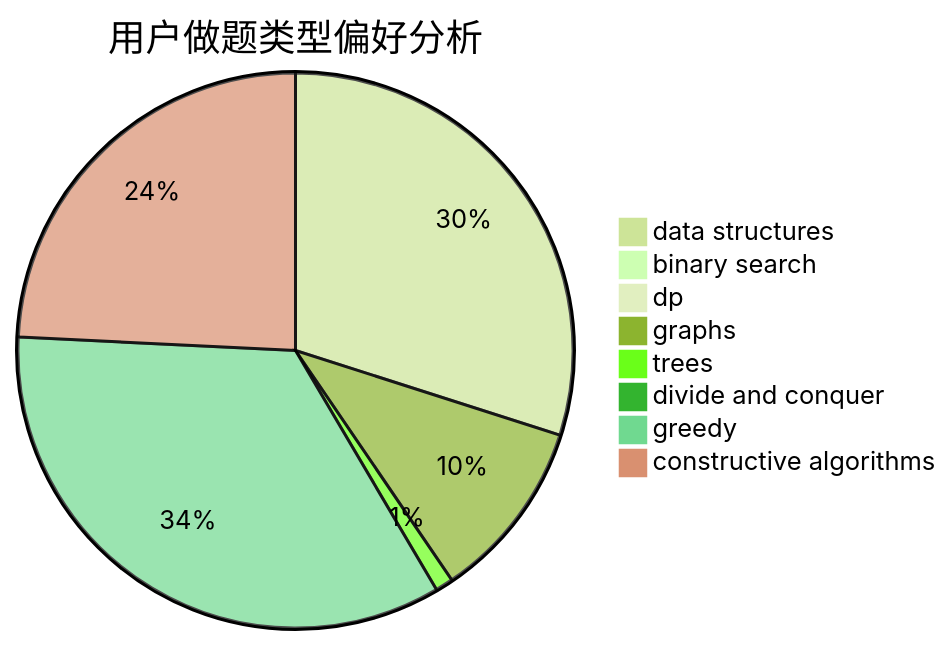
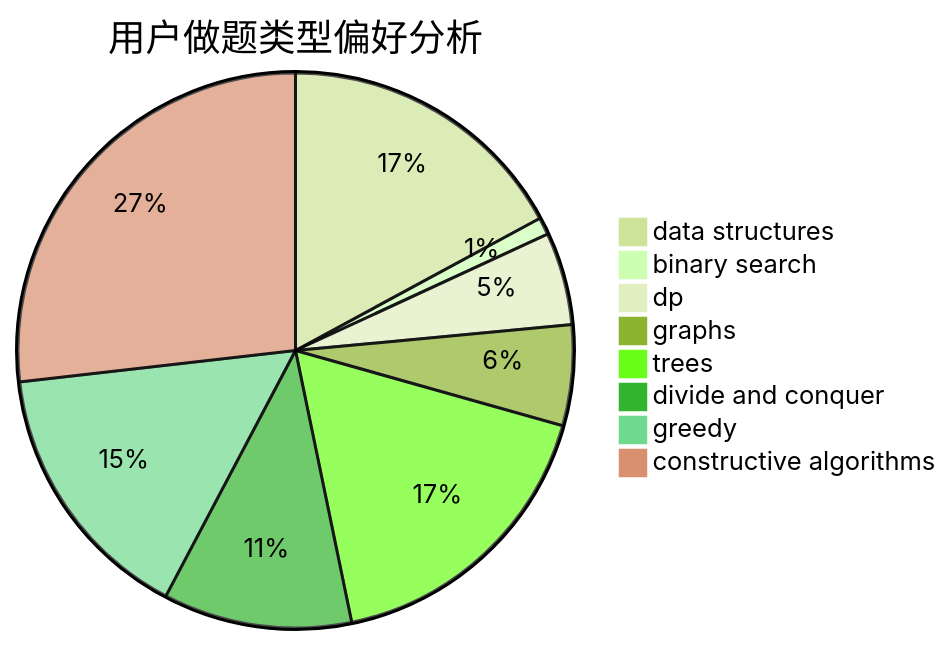
One commit to sherpahu/cfrs.github.io changed the second of 3 diagrams in docs/user/u927.md. Above: the diagram before and after it, drawn with Mermaid (forest theme). The commit also changed other lines of this file and 2770 other files, not shown here.

````diff
--- a/docs/user/u927.md
+++ b/docs/user/u927.md
@@ -23,11 +23,11 @@
 ```mermaid
 pie title 用户做题类型偏好分析
-    "data structures" :  173
-    "binary search" :  1
-    "dp" :  3
-    "graphs" :  61
-    "trees" :  6
-    "divide and conquer" :  4
-    "greedy" :  198
-    "constructive algorithms" :  140
+    "data structures" :  187
+    "binary search" :  11
+    "dp" :  59
+    "graphs" :  64
+    "trees" :  190
+    "divide and conquer" :  120
+    "greedy" :  169
+    "constructive algorithms" :  293
 ```
````
